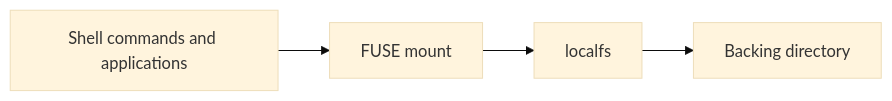
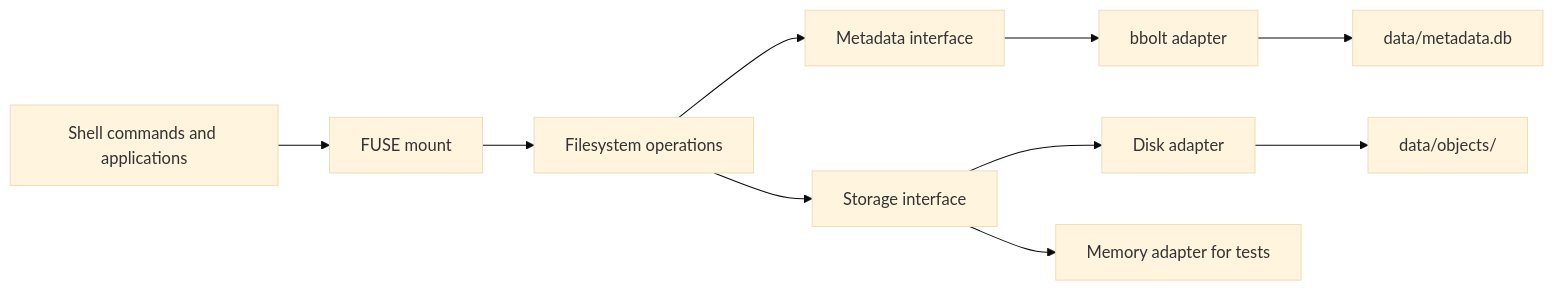
The diagram in README.md (MikeLuu99/ffs), drawn with Mermaid (base theme) before and after one commit. The commit also changed other lines of this file and 37 other files, not shown here.

````diff
--- a/README.md
+++ b/README.md
@@ -7,6 +8,12 @@
 ```mermaid
 flowchart LR
     App[Shell commands and applications] --> FUSE[FUSE mount]
-    FUSE --> FS[localfs]
-    FS --> Disk[Backing directory]
+    FUSE --> VFS[Filesystem operations]
+    VFS --> Meta[Metadata interface]
+    VFS --> Store[Storage interface]
+    Meta --> Bolt[bbolt adapter]
+    Store --> Disk[Disk adapter]
+    Store --> Memory[Memory adapter for tests]
+    Bolt --> DB[data/metadata.db]
+    Disk --> Objects[data/objects/]
 ```
````
